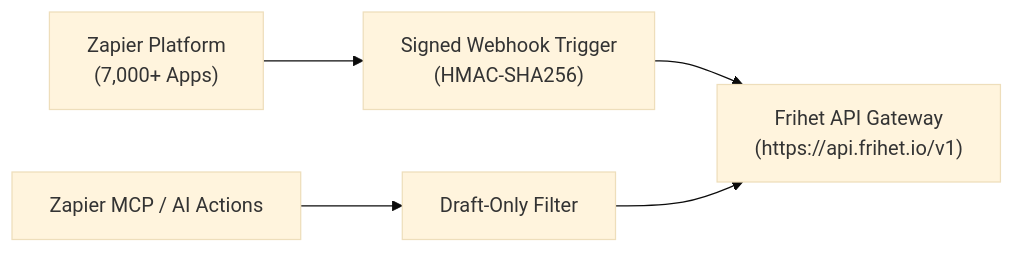
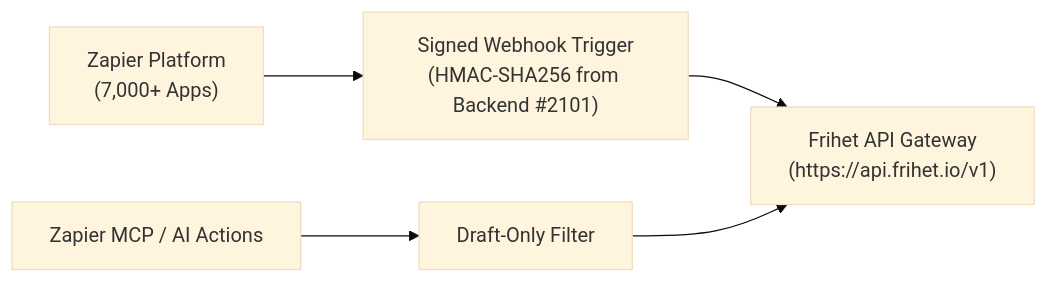
Before and after one commit to Frihet-io/frihet-mcp: the diagram in marketplace/zapier/README.md, drawn with Mermaid (base theme). The commit also changed other lines of this file and 20 other files, not shown here.

````diff
--- a/marketplace/zapier/README.md
+++ b/marketplace/zapier/README.md
@@ -11,7 +13,7 @@
 ```mermaid
 flowchart LR
-    ZAP["Zapier Platform\n(7,000+ Apps)"] --> HOOK["Signed Webhook Trigger\n(HMAC-SHA256)"]
+    ZAP["Zapier Platform\n(7,000+ Apps)"] --> HOOK["Signed Webhook Trigger\n(HMAC-SHA256 from Backend #2101)"]
     HOOK --> FRIHET_API["Frihet API Gateway\n(https://api.frihet.io/v1)"]
     AI_ACT["Zapier MCP / AI Actions"] --> DRAFT["Draft-Only Filter"]
     DRAFT --> FRIHET_API
 ```
````
